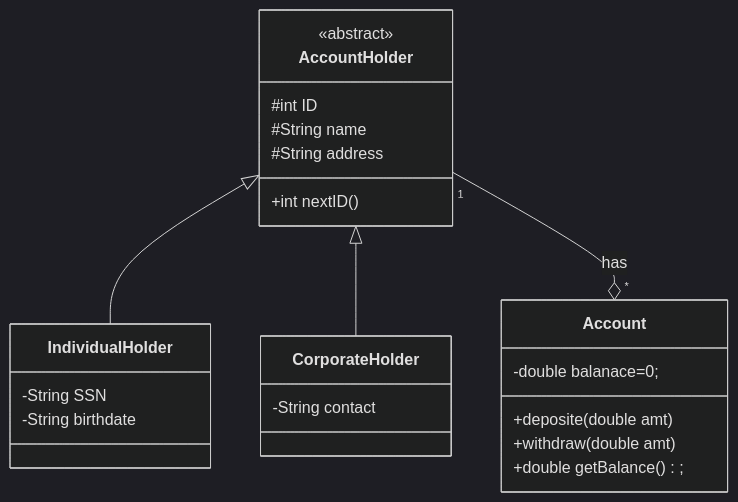
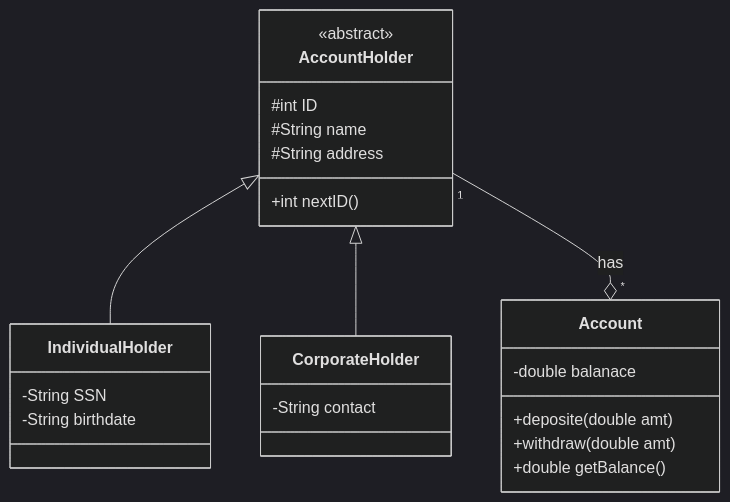
One commit to masrajha/pbo-project changed the first of 2 diagrams in About.md. Above: the diagram before and after it, drawn with Mermaid (dark theme). The commit also changed other lines of this file, not shown here.

Commit message:
About.md

````diff
--- a/About.md
+++ b/About.md
@@ -8,29 +8,29 @@
 ```mermaid
 classDiagram
     AccountHolder <|-- IndividualHolder
     AccountHolder <|-- CorporateHolder
     AccountHolder "1"--o"*" Account : has
     
     class AccountHolder{
       <<abstract>>
       #int ID
       #String name
       #String address
       +int nextID()
     }
     
     class IndividualHolder{
       -String SSN
       -String birthdate
     }
     class CorporateHolder{
       -String contact
     }
     class Account{
-      -double balanace=0;
+      -double balanace
       +deposite(double amt)
       +withdraw(double amt)
-      +double getBalance();
+      +double getBalance()
     }
             
 ```
````
